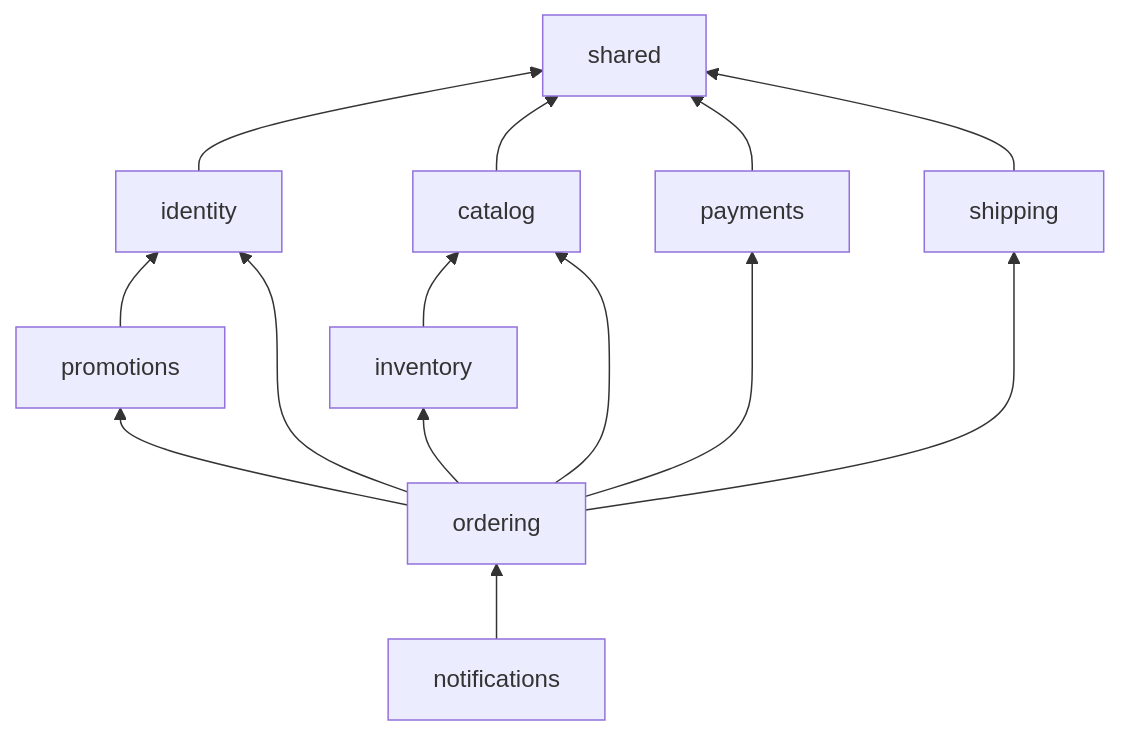
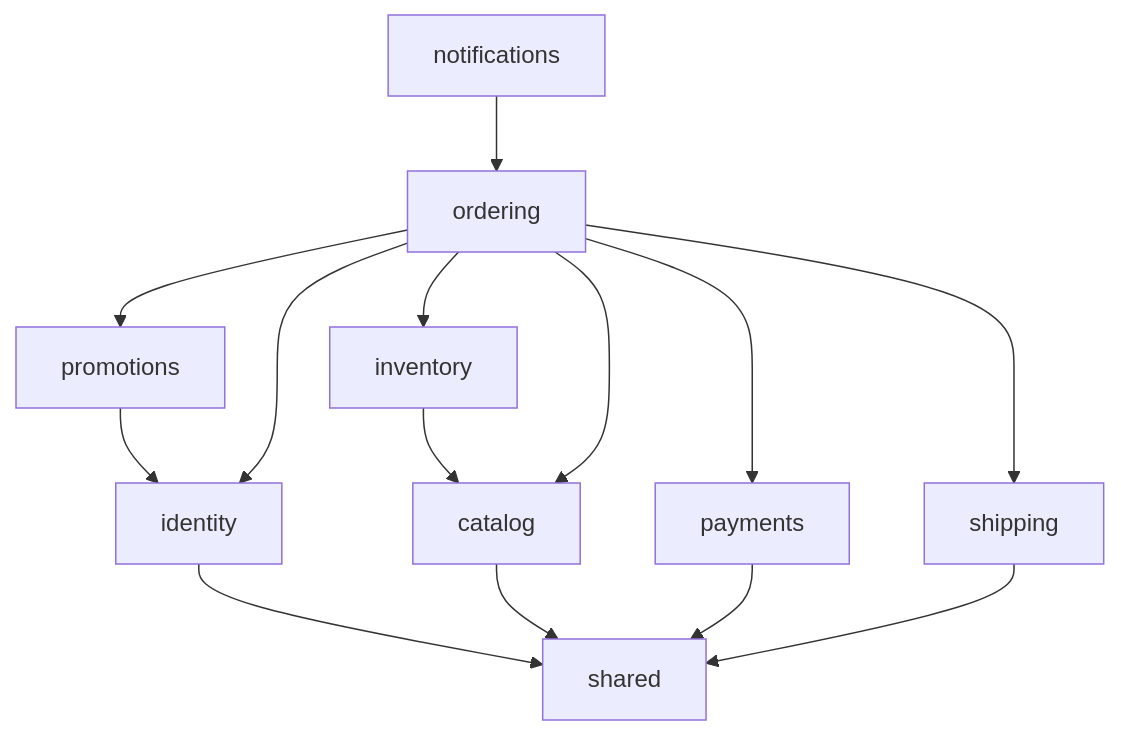
The diagram in docs/architecture/02-backend-structure.md (LuongCongThanh/boilerplate-ecommerce-next-16), drawn with Mermaid before and after one commit. The commit also changed 2 other files, not shown here.

Commit message:
docs: clarify system context and relay deployment
- System context: fix the VNPay checkout sequence (idempotency key on
  payment start, amount check on IPN, payment link expiry counted from
  order placement, IPN and return URL drawn in parallel), split external
  systems by call direction, and align wording with the glossary.
- Relay: document that concurrent relays are safe through SKIP LOCKED
  and deploy it with a rolling update; beat keeps stop-before-start.
- Backend structure: draw the module graph top-down so shared sits at
  the bottom, matching the layer list.

````diff
--- a/docs/architecture/02-backend-structure.md
+++ b/docs/architecture/02-backend-structure.md
@@ -103,17 +103,17 @@
 ```mermaid
-graph BT
+graph TB
     shared[shared]
     identity[identity] --> shared
     catalog[catalog] --> shared
     inventory[inventory] --> catalog
     promotions[promotions] --> identity
     payments[payments] --> shared
     shipping[shipping] --> shared
     ordering[ordering] --> inventory
     ordering --> promotions
     ordering --> payments
     ordering --> shipping
     ordering --> identity
     ordering --> catalog
     notifications[notifications] --> ordering
 ```
````
